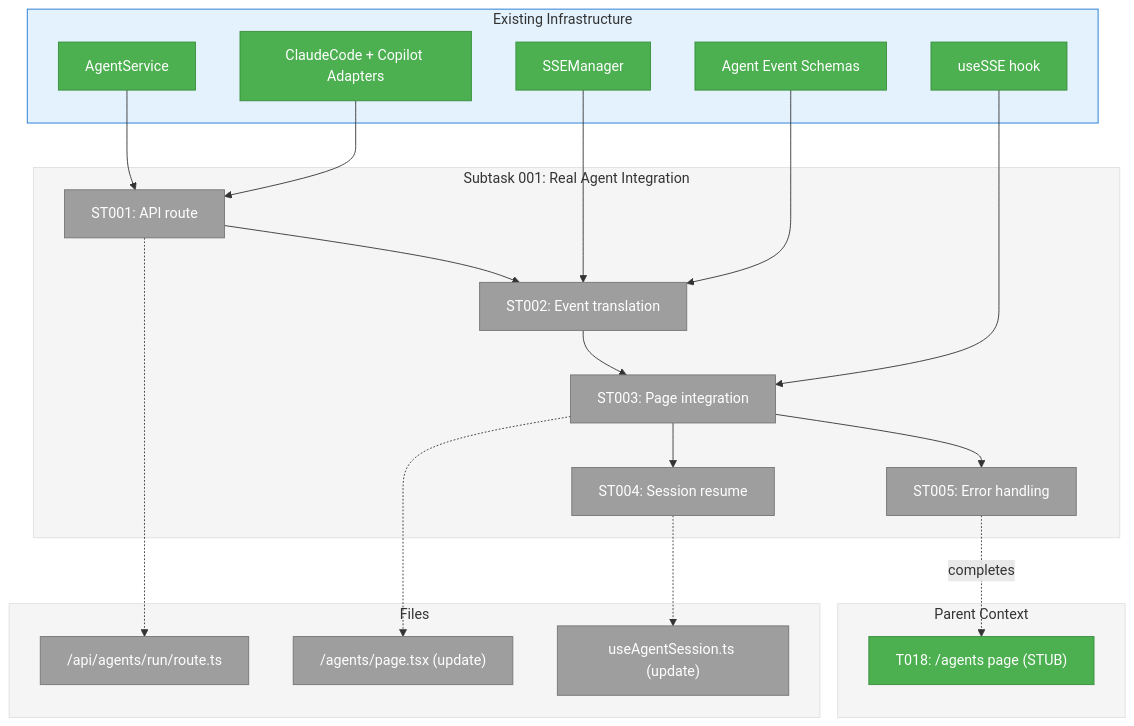
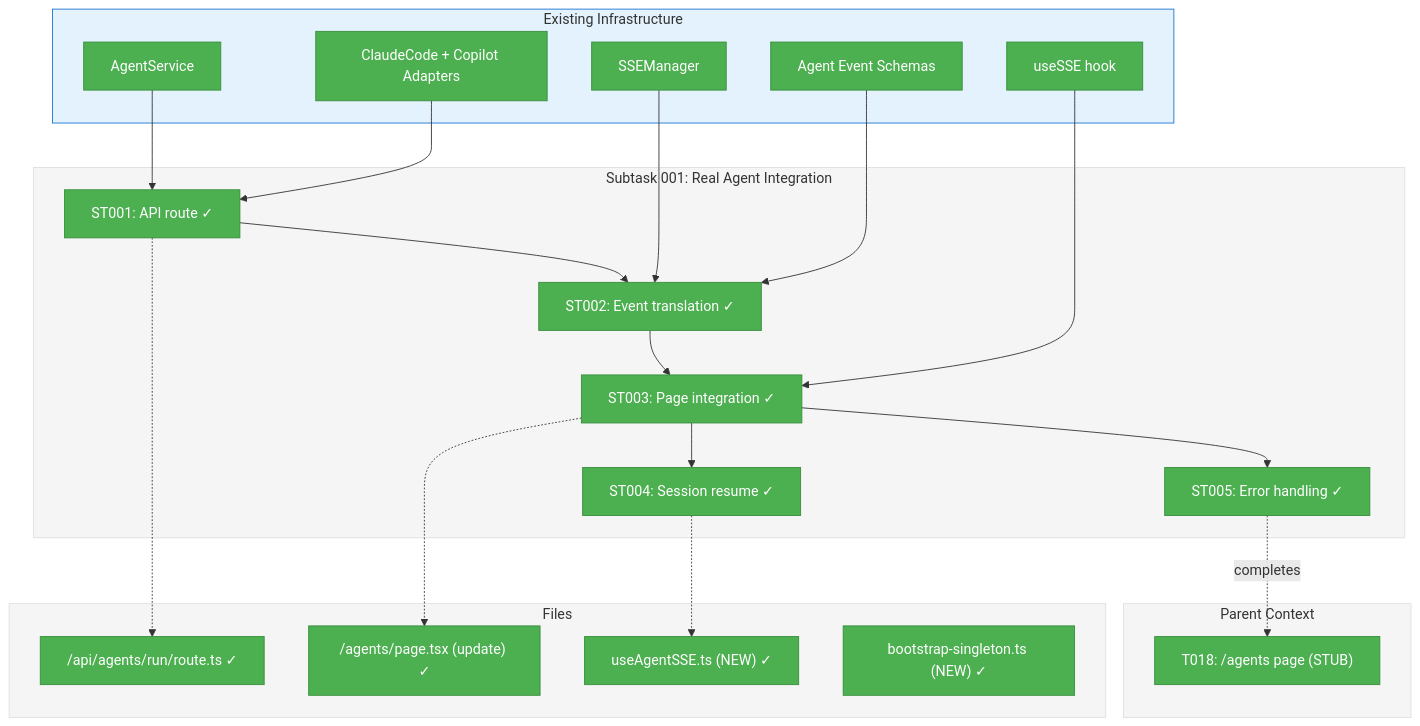
One commit to AI-Substrate/chainglass changed the first of 2 diagrams in docs/plans/012-web-agents/tasks/phase-2-core-chat/001-subtask-real-agent-integration.md. Above: the diagram before and after it, drawn with Mermaid. The commit also changed other lines of this file and 10 other files, not shown here.

````diff
--- a/docs/plans/012-web-agents/tasks/phase-2-core-chat/001-subtask-real-agent-integration.md
+++ b/docs/plans/012-web-agents/tasks/phase-2-core-chat/001-subtask-real-agent-integration.md
@@ -96,52 +96,53 @@
 ```mermaid
 flowchart TD
     classDef pending fill:#9E9E9E,stroke:#757575,color:#fff
     classDef inprogress fill:#FF9800,stroke:#F57C00,color:#fff
     classDef completed fill:#4CAF50,stroke:#388E3C,color:#fff
     classDef blocked fill:#F44336,stroke:#D32F2F,color:#fff
 
     style Parent fill:#F5F5F5,stroke:#E0E0E0
     style Subtask fill:#F5F5F5,stroke:#E0E0E0
     style Infrastructure fill:#E3F2FD,stroke:#1976D2
     style Files fill:#F5F5F5,stroke:#E0E0E0
 
     subgraph Parent["Parent Context"]
         T018["T018: /agents page (STUB)"]:::completed
     end
 
     subgraph Infrastructure["Existing Infrastructure"]
         SSE["SSEManager"]:::completed
         Hook["useSSE hook"]:::completed
         Service["AgentService"]:::completed
         Adapters["ClaudeCode + Copilot Adapters"]:::completed
         Schemas["Agent Event Schemas"]:::completed
     end
 
     subgraph Subtask["Subtask 001: Real Agent Integration"]
-        ST001["ST001: API route"]:::pending
-        ST002["ST002: Event translation"]:::pending
-        ST003["ST003: Page integration"]:::pending
-        ST004["ST004: Session resume"]:::pending
-        ST005["ST005: Error handling"]:::pending
+        ST001["ST001: API route ✓"]:::completed
+        ST002["ST002: Event translation ✓"]:::completed
+        ST003["ST003: Page integration ✓"]:::completed
+        ST004["ST004: Session resume ✓"]:::completed
+        ST005["ST005: Error handling ✓"]:::completed
 
         ST001 --> ST002 --> ST003
         ST003 --> ST004
         ST003 --> ST005
     end
 
     subgraph Files["Files"]
-        F1["/api/agents/run/route.ts"]:::pending
-        F2["/agents/page.tsx (update)"]:::pending
-        F3["useAgentSession.ts (update)"]:::pending
+        F1["/api/agents/run/route.ts ✓"]:::completed
+        F2["/agents/page.tsx (update) ✓"]:::completed
+        F3["useAgentSSE.ts (NEW) ✓"]:::completed
+        F4["bootstrap-singleton.ts (NEW) ✓"]:::completed
     end
 
     Service --> ST001
     Adapters --> ST001
     SSE --> ST002
     Schemas --> ST002
     Hook --> ST003
     ST001 -.-> F1
     ST003 -.-> F2
     ST004 -.-> F3
     ST005 -.->|completes| T018
 ```
````
